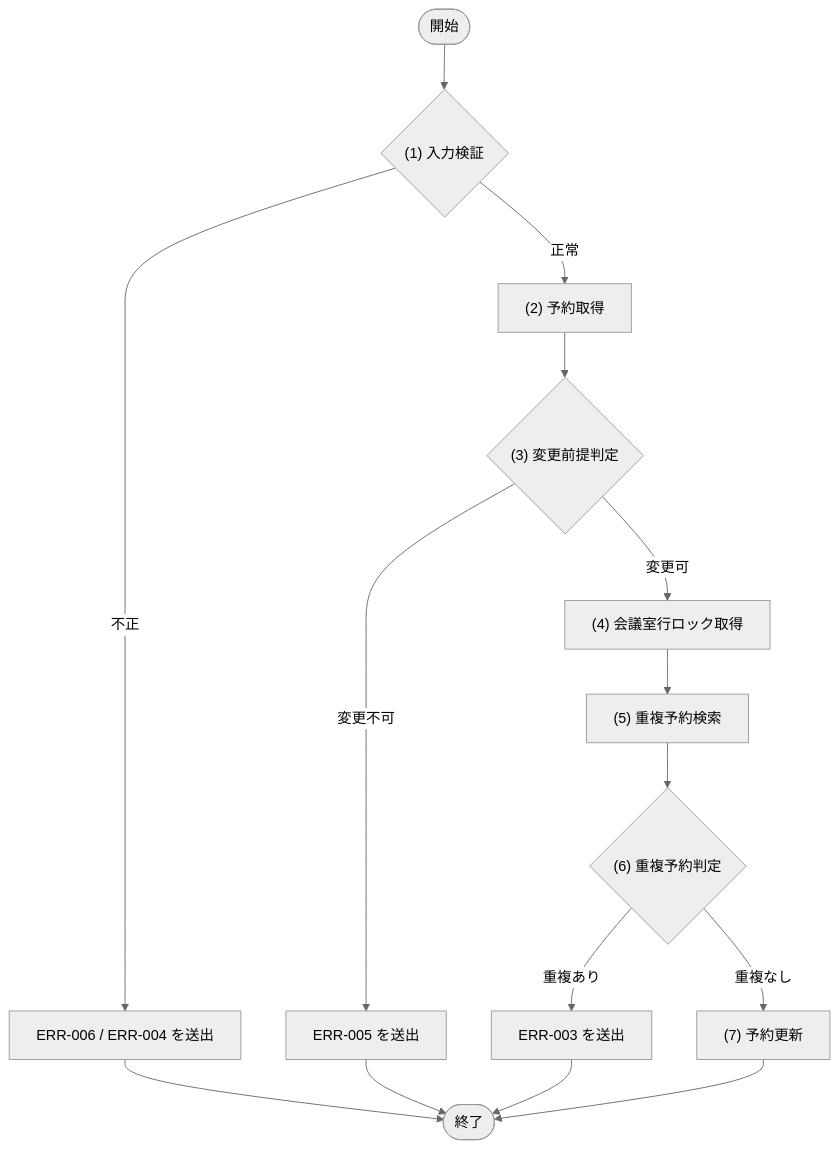
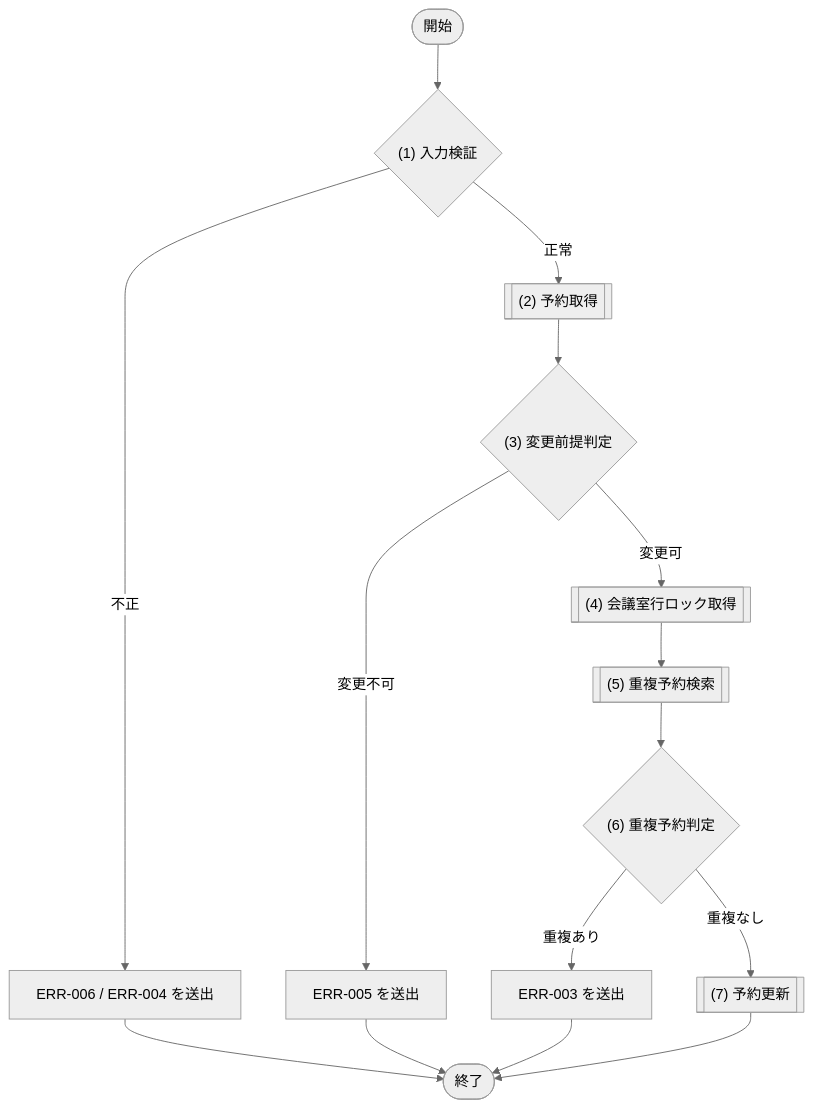
The third of 5 diagrams in docs/03_機能設計/05_モジュール設計/MOD-003_予約サービス.md (sikakou54/system-document-template), drawn with Mermaid (neutral theme) before and after one commit. The commit also changed other lines of this file and 28 other files, not shown here.

````diff
--- a/docs/03_機能設計/05_モジュール設計/MOD-003_予約サービス.md
+++ b/docs/03_機能設計/05_モジュール設計/MOD-003_予約サービス.md
@@ -329,23 +329,23 @@
 ```mermaid
 flowchart TD
   Start([開始])
   D1{"(1) 入力検証"}
-  P1["(2) 予約取得"]
+  P1[["(2) 予約取得"]]
   D2{"(3) 変更前提判定"}
-  P2["(4) 会議室行ロック取得"]
-  P3["(5) 重複予約検索"]
+  P2[["(4) 会議室行ロック取得"]]
+  P3[["(5) 重複予約検索"]]
   D3{"(6) 重複予約判定"}
-  P4["(7) 予約更新"]
+  P4[["(7) 予約更新"]]
   E1["ERR-006 / ERR-004 を送出"]
   E2["ERR-005 を送出"]
   E3["ERR-003 を送出"]
   End([終了])
 
   Start --> D1
   D1 -- "不正" --> E1 --> End
   D1 -- "正常" --> P1 --> D2
   D2 -- "変更不可" --> E2 --> End
   D2 -- "変更可" --> P2 --> P3 --> D3
   D3 -- "重複あり" --> E3 --> End
   D3 -- "重複なし" --> P4 --> End
 ```
````
